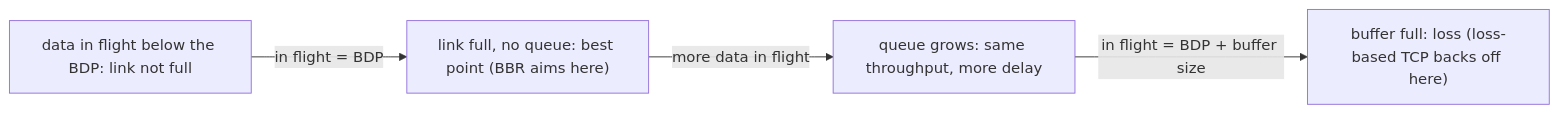
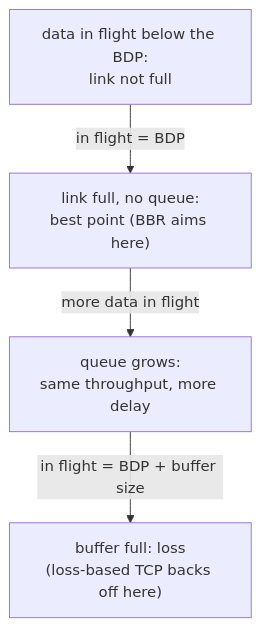
One commit to FahimMashroor/Chalmers_CSC changed diagram 28 of 34 in EDA387-Computer-Networks/04-TCP.md. Above: the diagram before and after it, drawn with Mermaid. The commit also changed other lines of this file, not shown here.

Commit message:
Rewrite 04 TCP in simple language with examples and diagrams

````diff
--- a/EDA387-Computer-Networks/04-TCP.md
+++ b/EDA387-Computer-Networks/04-TCP.md
@@ -785,6 +1104,6 @@
 ```mermaid
-flowchart LR
-  A["data in flight below the BDP: link not full"] -->|"in flight = BDP"| B["link full, no queue: best point (BBR aims here)"]
-  B -->|"more data in flight"| C["queue grows: same throughput, more delay"]
-  C -->|"in flight = BDP + buffer size"| D["buffer full: loss (loss-based TCP backs off here)"]
+flowchart TD
+  A["data in flight below the BDP:<br/>link not full"] -->|"in flight = BDP"| B["link full, no queue:<br/>best point (BBR aims here)"]
+  B -->|"more data in flight"| C["queue grows:<br/>same throughput, more delay"]
+  C -->|"in flight = BDP + buffer size"| D["buffer full: loss<br/>(loss-based TCP backs off here)"]
 ```
````
